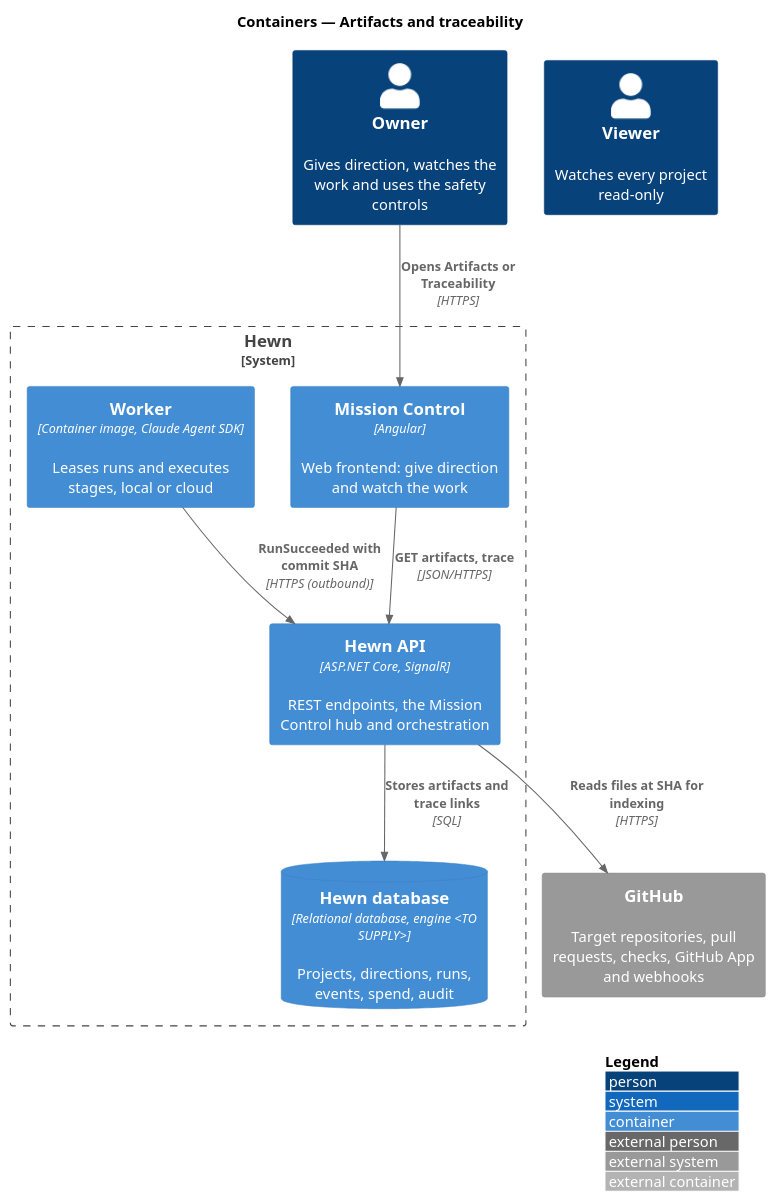
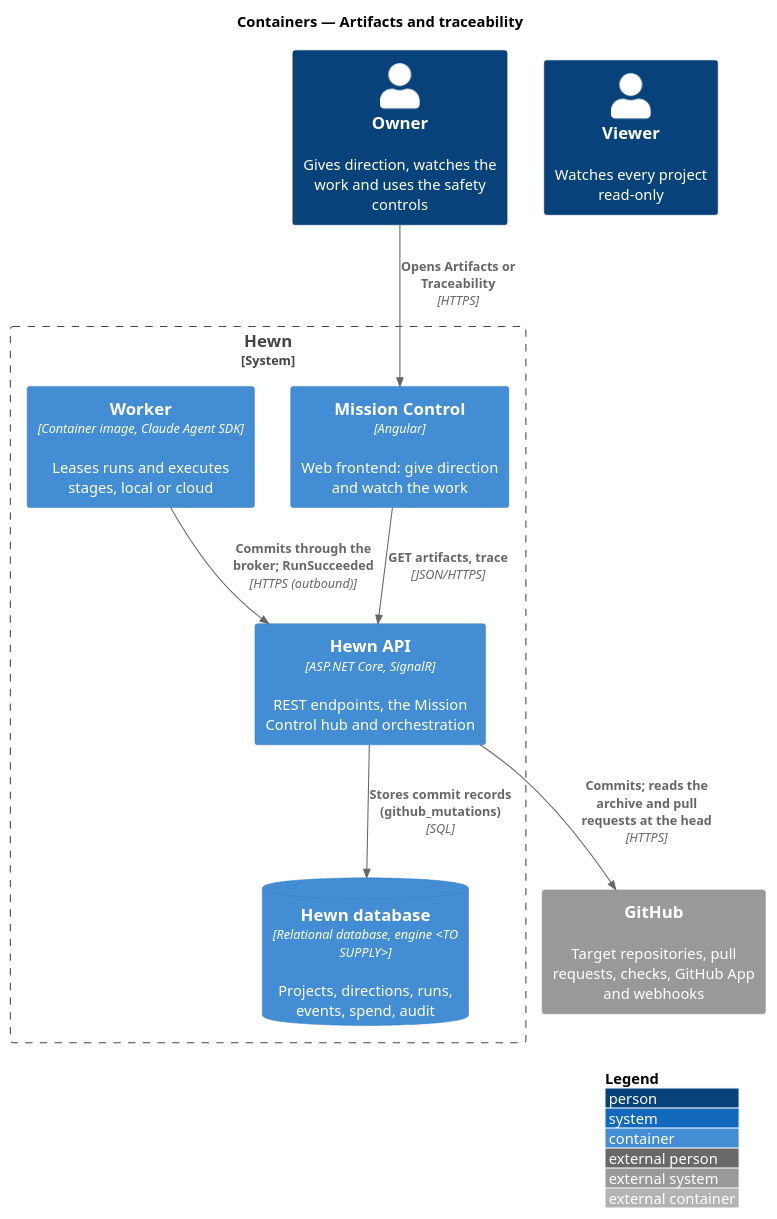
The diagram in docs/detailed-designs/mission-control/artifacts-and-traceability/diagrams/c4-container.puml (QuinntyneBrown/hewn), drawn with PlantUML before and after one commit. The commit also changed 58 other files, not shown here.

```diff
--- a/docs/detailed-designs/mission-control/artifacts-and-traceability/diagrams/c4-container.puml
+++ b/docs/detailed-designs/mission-control/artifacts-and-traceability/diagrams/c4-container.puml
@@ -1,21 +1,21 @@
 @startuml
 !include <C4/C4_Container>
 LAYOUT_WITH_LEGEND()
 title Containers — Artifacts and traceability
 
 Person(owner, "Owner", "Gives direction, watches the work and uses the safety controls")
 Person(viewer, "Viewer", "Watches every project read-only")
 System_Boundary(hewn, "Hewn") {
   Container(spa, "Mission Control", "Angular", "Web frontend: give direction and watch the work")
   Container(api, "Hewn API", "ASP.NET Core, SignalR", "REST endpoints, the Mission Control hub and orchestration")
   ContainerDb(db, "Hewn database", "Relational database, engine <TO SUPPLY>", "Projects, directions, runs, events, spend, audit")
   Container(worker, "Worker", "Container image, Claude Agent SDK", "Leases runs and executes stages, local or cloud")
 }
 System_Ext(github, "GitHub", "Target repositories, pull requests, checks, GitHub App and webhooks")
 
-Rel(worker, api, "RunSucceeded with commit SHA", "HTTPS (outbound)")
-Rel(api, github, "Reads files at SHA for indexing", "HTTPS")
-Rel(api, db, "Stores artifacts and trace links", "SQL")
+Rel(worker, api, "Commits through the broker; RunSucceeded", "HTTPS (outbound)")
+Rel(api, github, "Commits; reads the archive and pull requests at the head", "HTTPS")
+Rel(api, db, "Stores commit records (github_mutations)", "SQL")
 Rel(spa, api, "GET artifacts, trace", "JSON/HTTPS")
 Rel(owner, spa, "Opens Artifacts or Traceability", "HTTPS")
 @enduml
```
